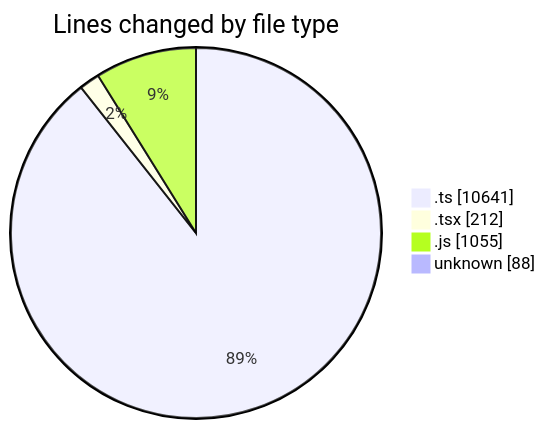
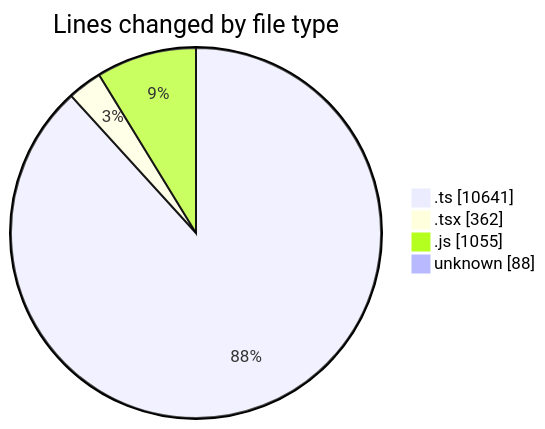
The first of 2 diagrams in 2026-03-11/cda/README.md (momahboobian/code-tracking), drawn with Mermaid before and after one commit. The commit also changed other lines of this file and 1 other file, not shown here.

````diff
--- a/2026-03-11/cda/README.md
+++ b/2026-03-11/cda/README.md
@@ -31,8 +32,8 @@
 ```mermaid
 pie showData
 title Lines changed by file type
 ".ts" : 10641
-".tsx" : 212
+".tsx" : 362
 ".js" : 1055
 "unknown" : 88
 ```
````
